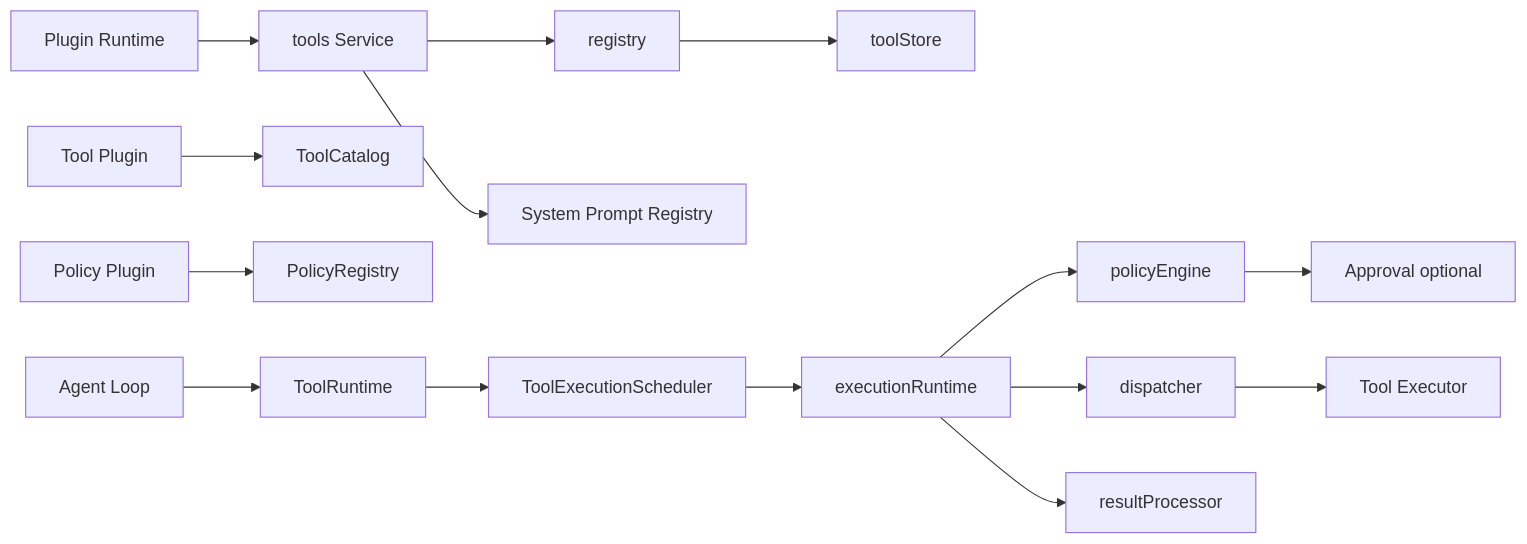
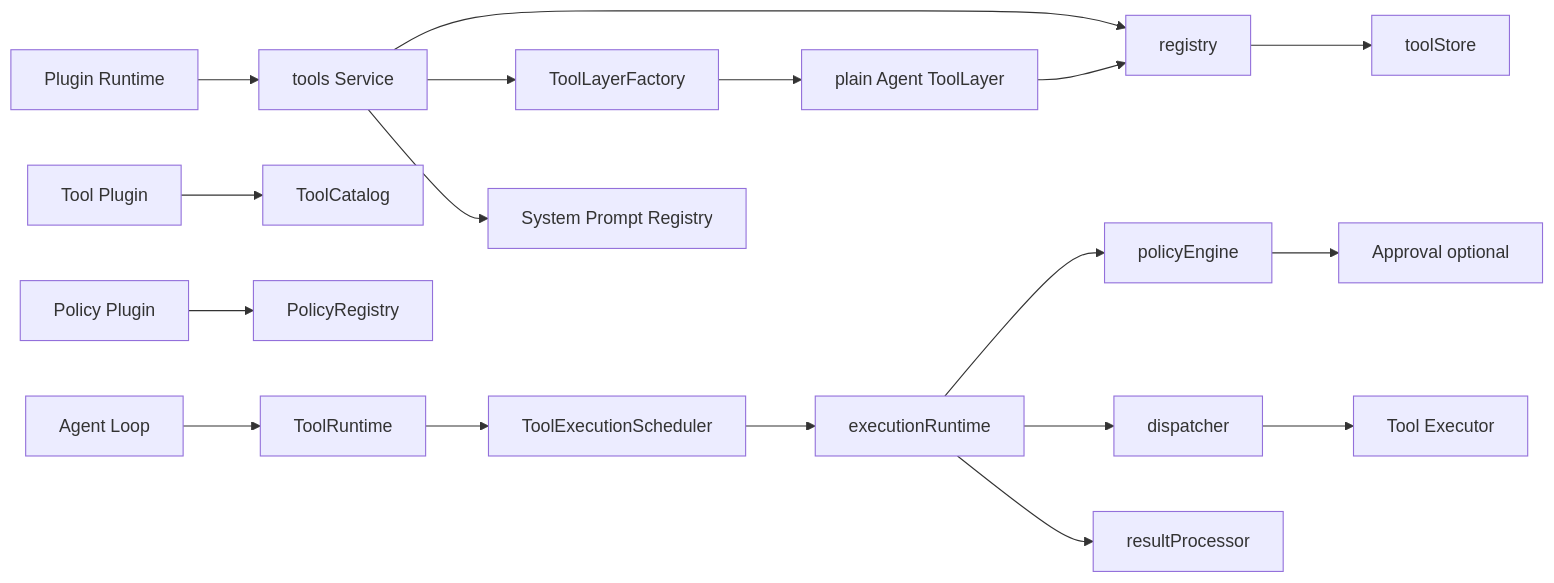
The first of 3 diagrams in tools/README.zh-CN.md (gorenx/goren), drawn with Mermaid before and after one commit. The commit also changed other lines of this file and 29 other files, not shown here.

````diff
--- a/tools/README.zh-CN.md
+++ b/tools/README.zh-CN.md
@@ -56,17 +58,20 @@
 ```mermaid
 flowchart LR
     Runtime[Plugin Runtime] --> Service[tools Service]
     ToolPlugin[Tool Plugin] --> Catalog[ToolCatalog]
     PolicyPlugin[Policy Plugin] --> Policies[PolicyRegistry]
     AgentLoop[Agent Loop] --> ToolRuntime[ToolRuntime]
     ToolRuntime --> Scheduler[ToolExecutionScheduler]
     Service --> Registry[registry]
+    Service --> Factory[ToolLayerFactory]
+    Factory --> AgentLayer[plain Agent ToolLayer]
+    AgentLayer --> Registry
     Registry --> Store[toolStore]
     Scheduler --> Execution[executionRuntime]
     Execution --> Policy[policyEngine]
     Execution --> Dispatch[dispatcher]
     Execution --> Result[resultProcessor]
     Policy --> Approval[Approval optional]
     Service --> Prompt[System Prompt Registry]
     Dispatch --> Executor[Tool Executor]
 ```
````
